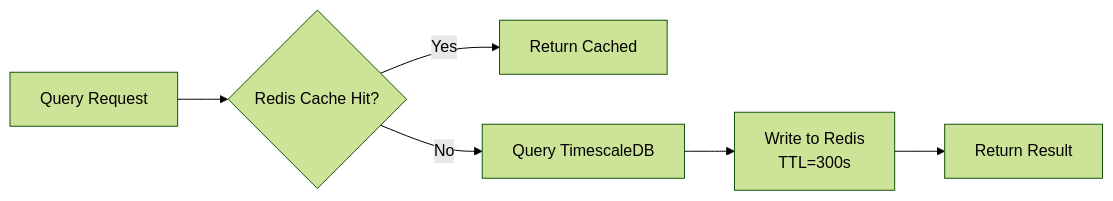
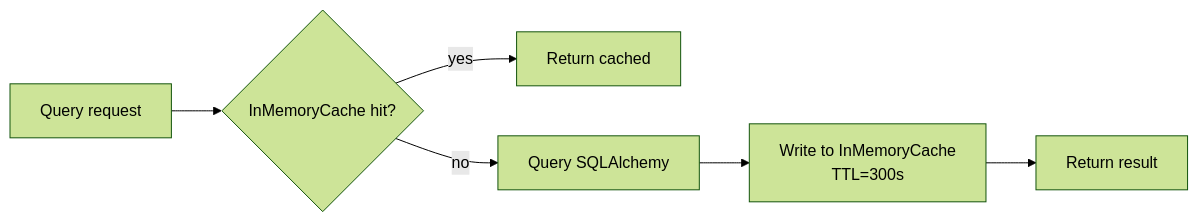
The eighth of 23 diagrams in DESIGN.md (RESBI/StockStatistic), drawn with Mermaid (forest theme) before and after one commit. The commit also changed other lines of this file and 12 other files, not shown here.

````diff
--- a/DESIGN.md
+++ b/DESIGN.md
@@ -521,8 +431,8 @@
 ```mermaid
 graph LR
-    REQ[Query Request] --> CHK{Redis Cache Hit?}
-    CHK -->|Yes| RET1[Return Cached]
-    CHK -->|No| DB[Query TimescaleDB]
-    DB --> SET[Write to Redis<br/>TTL=300s]
-    SET --> RET2[Return Result]
+    REQ[Query request] --> CHK{InMemoryCache hit?}
+    CHK -->|yes| RET1[Return cached]
+    CHK -->|no| DB[Query SQLAlchemy]
+    DB --> SET[Write to InMemoryCache<br/>TTL=300s]
+    SET --> RET2[Return result]
 ```
````
